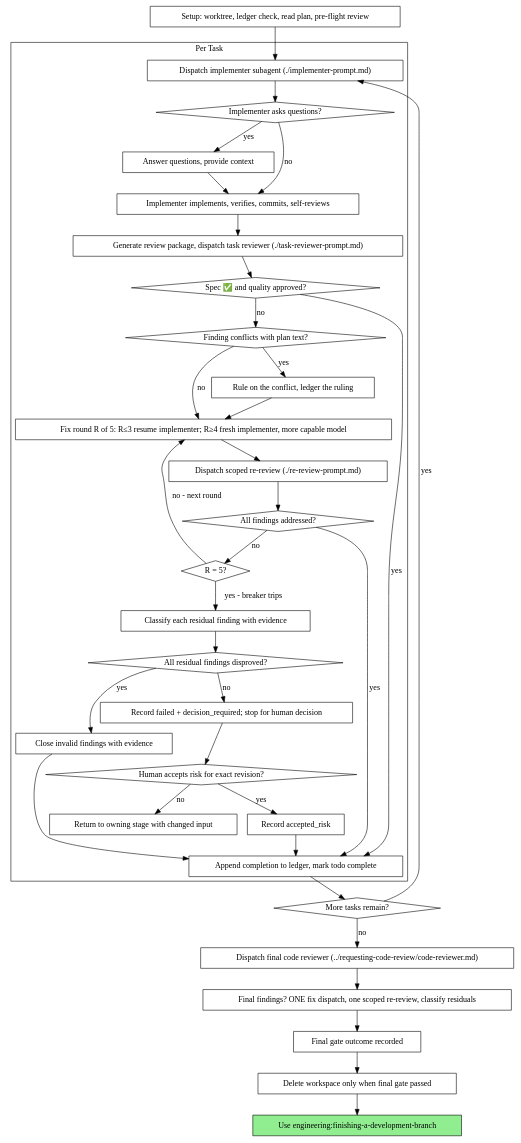
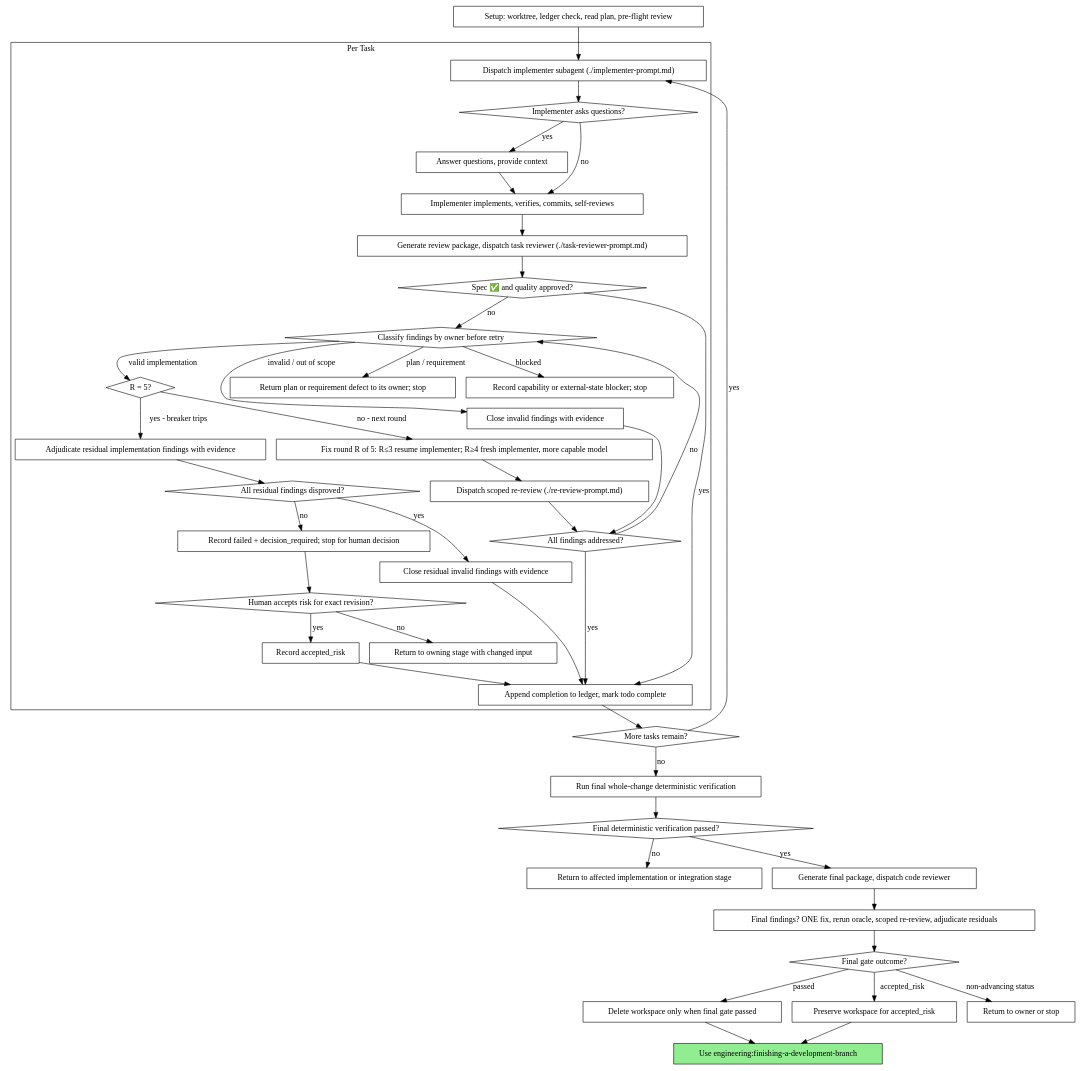
Before and after one commit to sonsu-lee/sonsu-marketplace: the second of 2 diagrams in plugins/engineering/skills/subagent-driven-development/SKILL.md, drawn with Graphviz. The commit also changed other lines of this file and 7 other files, not shown here.

Commit message:
fix(engineering): address quality gate review findings

````diff
--- a/plugins/engineering/skills/subagent-driven-development/SKILL.md
+++ b/plugins/engineering/skills/subagent-driven-development/SKILL.md
@@ -78,15 +78,17 @@
         "Implementer implements, verifies, commits, self-reviews" [shape=box];
         "Generate review package, dispatch task reviewer (./task-reviewer-prompt.md)" [shape=box];
         "Spec ✅ and quality approved?" [shape=diamond];
-        "Finding conflicts with plan text?" [shape=diamond];
-        "Rule on the conflict, ledger the ruling" [shape=box];
+        "Classify findings by owner before retry" [shape=diamond];
+        "Return plan or requirement defect to its owner; stop" [shape=box];
+        "Record capability or external-state blocker; stop" [shape=box];
+        "Close invalid findings with evidence" [shape=box];
         "Fix round R of 5: R≤3 resume implementer; R≥4 fresh implementer, more capable model" [shape=box];
         "Dispatch scoped re-review (./re-review-prompt.md)" [shape=box];
         "All findings addressed?" [shape=diamond];
         "R = 5?" [shape=diamond];
-        "Classify each residual finding with evidence" [shape=box];
+        "Adjudicate residual implementation findings with evidence" [shape=box];
         "All residual findings disproved?" [shape=diamond];
-        "Close invalid findings with evidence" [shape=box];
+        "Close residual invalid findings with evidence" [shape=box];
         "Record failed + decision_required; stop for human decision" [shape=box];
         "Human accepts risk for exact revision?" [shape=diamond];
         "Record accepted_risk" [shape=box];
@@ -96,10 +98,15 @@
 
     "Setup: worktree, ledger check, read plan, pre-flight review" [shape=box];
     "More tasks remain?" [shape=diamond];
-    "Dispatch final code reviewer (../requesting-code-review/code-reviewer.md)" [shape=box];
-    "Final findings? ONE fix dispatch, one scoped re-review, classify residuals" [shape=box];
-    "Final gate outcome recorded" [shape=box];
+    "Run final whole-change deterministic verification" [shape=box];
+    "Final deterministic verification passed?" [shape=diamond];
+    "Return to affected implementation or integration stage" [shape=box];
+    "Generate final package, dispatch code reviewer" [shape=box];
+    "Final findings? ONE fix, rerun oracle, scoped re-review, adjudicate residuals" [shape=box];
+    "Final gate outcome?" [shape=diamond];
     "Delete workspace only when final gate passed" [shape=box];
+    "Preserve workspace for accepted_risk" [shape=box];
+    "Return to owner or stop" [shape=box];
     "Use engineering:finishing-a-development-branch" [shape=box style=filled fillcolor=lightgreen];
 
     "Setup: worktree, ledger check, read plan, pre-flight review" -> "Dispatch implementer subagent (./implementer-prompt.md)";
@@ -110,19 +117,21 @@
     "Implementer implements, verifies, commits, self-reviews" -> "Generate review package, dispatch task reviewer (./task-reviewer-prompt.md)";
     "Generate review package, dispatch task reviewer (./task-reviewer-prompt.md)" -> "Spec ✅ and quality approved?";
     "Spec ✅ and quality approved?" -> "Append completion to ledger, mark todo complete" [label="yes"];
-    "Spec ✅ and quality approved?" -> "Finding conflicts with plan text?" [label="no"];
-    "Finding conflicts with plan text?" -> "Rule on the conflict, ledger the ruling" [label="yes"];
-    "Rule on the conflict, ledger the ruling" -> "Fix round R of 5: R≤3 resume implementer; R≥4 fresh implementer, more capable model";
-    "Finding conflicts with plan text?" -> "Fix round R of 5: R≤3 resume implementer; R≥4 fresh implementer, more capable model" [label="no"];
+    "Spec ✅ and quality approved?" -> "Classify findings by owner before retry" [label="no"];
+    "Classify findings by owner before retry" -> "Return plan or requirement defect to its owner; stop" [label="plan / requirement"];
+    "Classify findings by owner before retry" -> "Record capability or external-state blocker; stop" [label="blocked"];
+    "Classify findings by owner before retry" -> "Close invalid findings with evidence" [label="invalid / out of scope"];
+    "Close invalid findings with evidence" -> "All findings addressed?";
+    "Classify findings by owner before retry" -> "R = 5?" [label="valid implementation"];
     "Fix round R of 5: R≤3 resume implementer; R≥4 fresh implementer, more capable model" -> "Dispatch scoped re-review (./re-review-prompt.md)";
     "Dispatch scoped re-review (./re-review-prompt.md)" -> "All findings addressed?";
     "All findings addressed?" -> "Append completion to ledger, mark todo complete" [label="yes"];
-    "All findings addressed?" -> "R = 5?" [label="no"];
+    "All findings addressed?" -> "Classify findings by owner before retry" [label="no"];
     "R = 5?" -> "Fix round R of 5: R≤3 resume implementer; R≥4 fresh implementer, more capable model" [label="no - next round"];
-    "R = 5?" -> "Classify each residual finding with evidence" [label="yes - breaker trips"];
-    "Classify each residual finding with evidence" -> "All residual findings disproved?";
-    "All residual findings disproved?" -> "Close invalid findings with evidence" [label="yes"];
-    "Close invalid findings with evidence" -> "Append completion to ledger, mark todo complete";
+    "R = 5?" -> "Adjudicate residual implementation findings with evidence" [label="yes - breaker trips"];
+    "Adjudicate residual implementation findings with evidence" -> "All residual findings disproved?";
+    "All residual findings disproved?" -> "Close residual invalid findings with evidence" [label="yes"];
+    "Close residual invalid findings with evidence" -> "Append completion to ledger, mark todo complete";
     "All residual findings disproved?" -> "Record failed + decision_required; stop for human decision" [label="no"];
     "Record failed + decision_required; stop for human decision" -> "Human accepts risk for exact revision?";
     "Human accepts risk for exact revision?" -> "Record accepted_risk" [label="yes"];
@@ -130,10 +139,16 @@
     "Human accepts risk for exact revision?" -> "Return to owning stage with changed input" [label="no"];
     "Append completion to ledger, mark todo complete" -> "More tasks remain?";
     "More tasks remain?" -> "Dispatch implementer subagent (./implementer-prompt.md)" [label="yes"];
-    "More tasks remain?" -> "Dispatch final code reviewer (../requesting-code-review/code-reviewer.md)" [label="no"];
-    "Dispatch final code reviewer (../requesting-code-review/code-reviewer.md)" -> "Final findings? ONE fix dispatch, one scoped re-review, classify residuals";
-    "Final findings? ONE fix dispatch, one scoped re-review, classify residuals" -> "Final gate outcome recorded";
-    "Final gate outcome recorded" -> "Delete workspace only when final gate passed";
+    "More tasks remain?" -> "Run final whole-change deterministic verification" [label="no"];
+    "Run final whole-change deterministic verification" -> "Final deterministic verification passed?";
+    "Final deterministic verification passed?" -> "Return to affected implementation or integration stage" [label="no"];
+    "Final deterministic verification passed?" -> "Generate final package, dispatch code reviewer" [label="yes"];
+    "Generate final package, dispatch code reviewer" -> "Final findings? ONE fix, rerun oracle, scoped re-review, adjudicate residuals";
+    "Final findings? ONE fix, rerun oracle, scoped re-review, adjudicate residuals" -> "Final gate outcome?";
+    "Final gate outcome?" -> "Delete workspace only when final gate passed" [label="passed"];
+    "Final gate outcome?" -> "Preserve workspace for accepted_risk" [label="accepted_risk"];
+    "Final gate outcome?" -> "Return to owner or stop" [label="non-advancing status"];
     "Delete workspace only when final gate passed" -> "Use engineering:finishing-a-development-branch";
+    "Preserve workspace for accepted_risk" -> "Use engineering:finishing-a-development-branch";
 }
 ```
````
